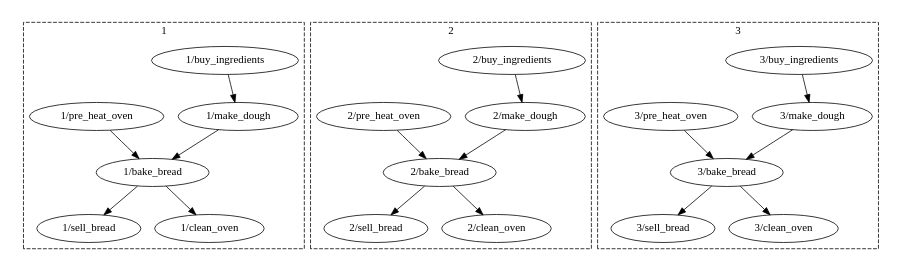
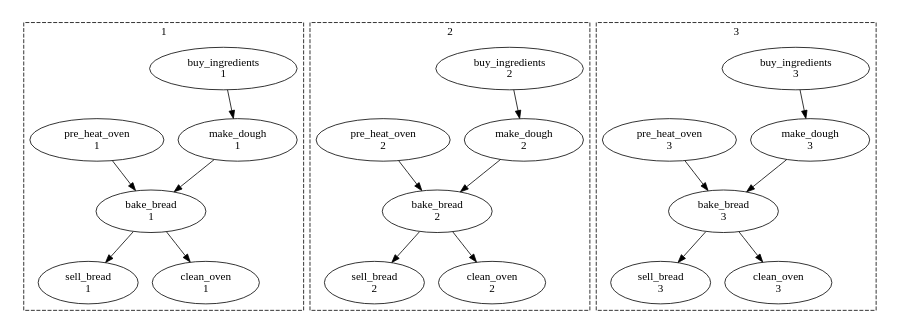
One commit to cylc/cylc-doc changed the first of 4 diagrams in src/tutorial/scheduling/integer-cycling.rst. Above: the diagram before and after it, drawn with Graphviz. The commit also changed other lines of this file, not shown here.

```diff
--- a/src/tutorial/scheduling/integer-cycling.rst
+++ b/src/tutorial/scheduling/integer-cycling.rst
@@ -79,44 +79,44 @@
 .. digraph:: example
    :align: center
 
    size = "7,15"
 
    subgraph cluster_1 {
        label = 1
        style = dashed
-       "1/pur" [label="1/buy_ingredients"]
-       "1/mak" [label="1/make_dough"]
-       "1/bak" [label="1/bake_bread"]
-       "1/sel" [label="1/sell_bread"]
-       "1/cle" [label="1/clean_oven"]
-       "1/pre" [label="1/pre_heat_oven"]
+       "1/pur" [label="buy_ingredients\n1"]
+       "1/mak" [label="make_dough\n1"]
+       "1/bak" [label="bake_bread\n1"]
+       "1/sel" [label="sell_bread\n1"]
+       "1/cle" [label="clean_oven\n1"]
+       "1/pre" [label="pre_heat_oven\n1"]
    }
 
    subgraph cluster_2 {
        label = 2
        style = dashed
-       "2/pur" [label="2/buy_ingredients"]
-       "2/mak" [label="2/make_dough"]
-       "2/bak" [label="2/bake_bread"]
-       "2/sel" [label="2/sell_bread"]
-       "2/cle" [label="2/clean_oven"]
-       "2/pre" [label="2/pre_heat_oven"]
+       "2/pur" [label="buy_ingredients\n2"]
+       "2/mak" [label="make_dough\n2"]
+       "2/bak" [label="bake_bread\n2"]
+       "2/sel" [label="sell_bread\n2"]
+       "2/cle" [label="clean_oven\n2"]
+       "2/pre" [label="pre_heat_oven\n2"]
    }
 
    subgraph cluster_3 {
        label = 3
        style = dashed
-       "3/pur" [label="3/buy_ingredients"]
-       "3/mak" [label="3/make_dough"]
-       "3/bak" [label="3/bake_bread"]
-       "3/sel" [label="3/sell_bread"]
-       "3/cle" [label="3/clean_oven"]
-       "3/pre" [label="3/pre_heat_oven"]
+       "3/pur" [label="buy_ingredients\n3"]
+       "3/mak" [label="make_dough\n3"]
+       "3/bak" [label="bake_bread\n3"]
+       "3/sel" [label="sell_bread\n3"]
+       "3/cle" [label="clean_oven\n3"]
+       "3/pre" [label="pre_heat_oven\n3"]
    }
 
    "1/pur" -> "1/mak" -> "1/bak" -> "1/sel"
    "1/pre" -> "1/bak" -> "1/cle"
    "2/pur" -> "2/mak" -> "2/bak" -> "2/sel"
    "2/pre" -> "2/bak" -> "2/cle"
    "3/pur" -> "3/mak" -> "3/bak" -> "3/sel"
    "3/pre" -> "3/bak" -> "3/cle"
```
